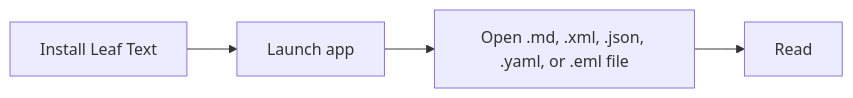
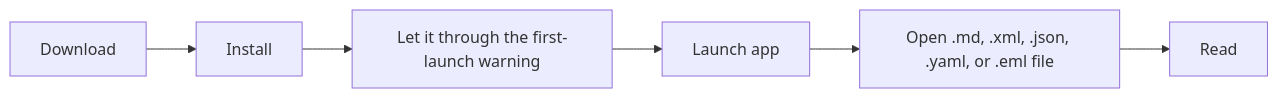
One commit to ryanallen/leaftext changed the diagram in docs/02-installation.md. Above: the diagram before and after it, drawn with Mermaid. The commit also changed other lines of this file and 38 other files, not shown here.

````diff
--- a/docs/02-installation.md
+++ b/docs/02-installation.md
@@ -76,6 +113,8 @@
 ```mermaid
 flowchart LR
-    A[Install Leaf Text] --> B[Launch app]
-    B --> C[Open .md, .xml, .json, .yaml, or .eml file]
-    C --> D[Read]
+    A[Download] --> B[Install]
+    B --> C[Let it through the first-launch warning]
+    C --> D[Launch app]
+    D --> E[Open .md, .xml, .json, .yaml, or .eml file]
+    E --> F[Read]
 ```
````
